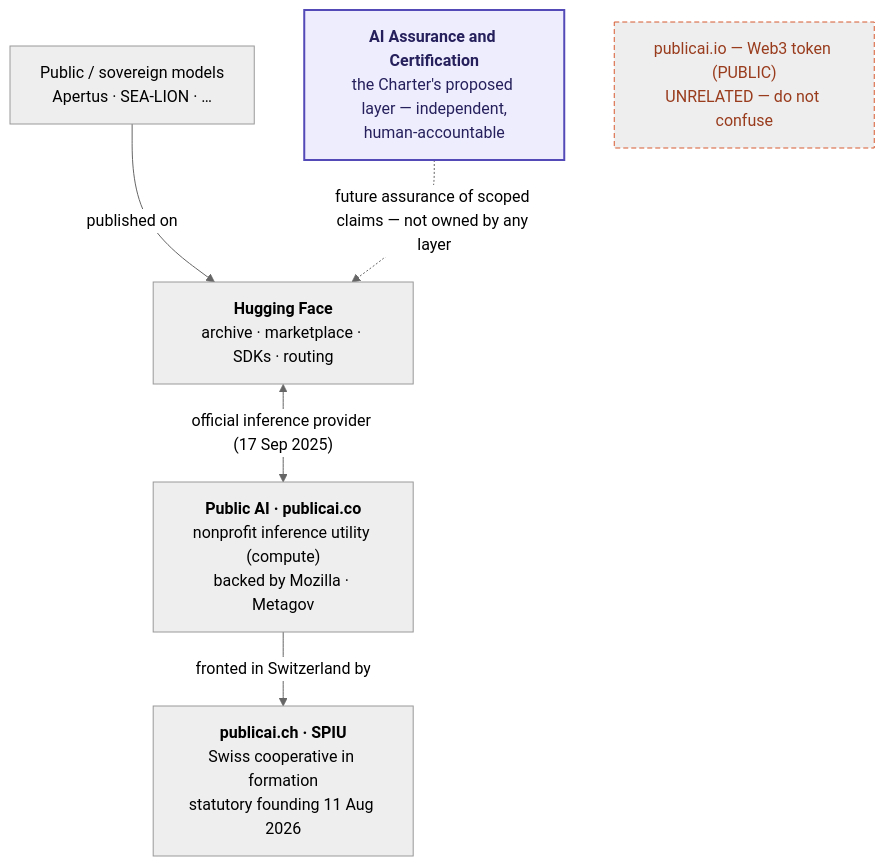
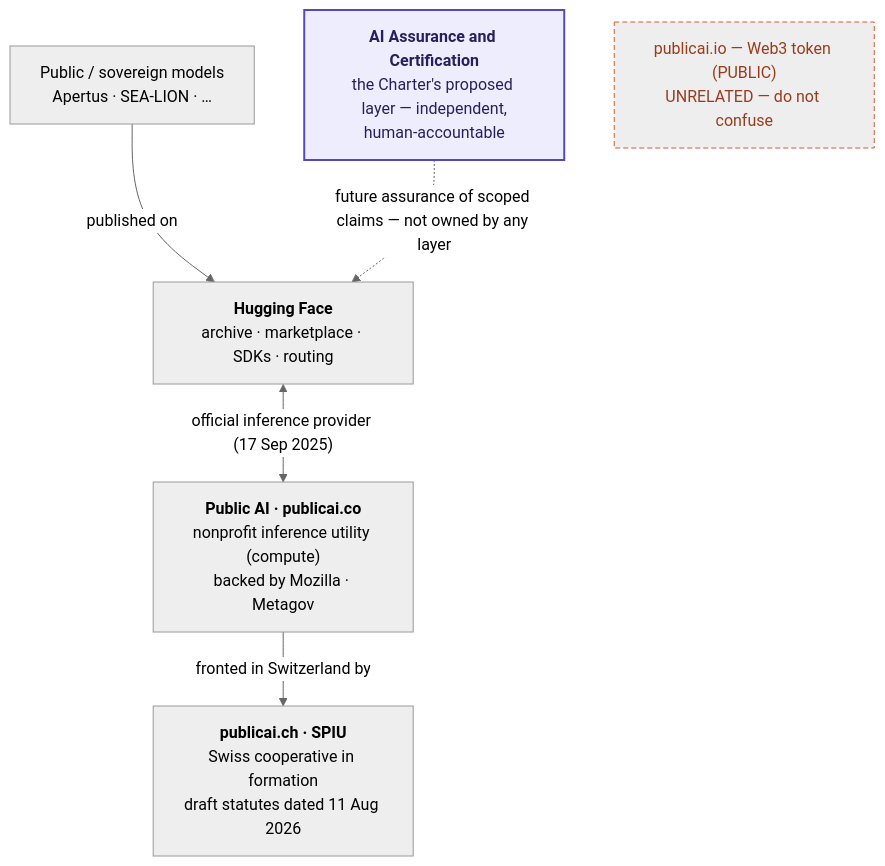
Before and after one commit to robertschaub/our-ai-charter: the diagram in docs/Evidence/actors-and-landscape.md, drawn with Mermaid (neutral theme). The commit also changed other lines of this file and 6 other files, not shown here.

First line of the commit message:
docs: fix Swiss-formation regression; relabel relationships (review 2)

````diff
--- a/docs/Evidence/actors-and-landscape.md
+++ b/docs/Evidence/actors-and-landscape.md
@@ -15,19 +15,19 @@
 ```mermaid
 flowchart TB
   M["Public / sovereign models<br/>Apertus · SEA-LION · …"]
   HF["<b>Hugging Face</b><br/>archive · marketplace · SDKs · routing"]
   PA["<b>Public AI · publicai.co</b><br/>nonprofit inference utility (compute)<br/>backed by Mozilla · Metagov"]
-  CH["<b>publicai.ch · SPIU</b><br/>Swiss cooperative in formation<br/>statutory founding 11 Aug 2026"]
+  CH["<b>publicai.ch · SPIU</b><br/>Swiss cooperative in formation<br/>draft statutes dated 11 Aug 2026"]
 
   M -->|published on| HF
   HF <-->|"official inference provider (17 Sep 2025)"| PA
   PA -->|fronted in Switzerland by| CH
 
   A["<b>AI Assurance and Certification</b><br/>the Charter's proposed layer — independent,<br/>human-accountable"]:::charter
   A -.->|"future assurance of scoped claims — not owned by any layer"| HF
 
   X["publicai.io — Web3 token (PUBLIC)<br/>UNRELATED — do not confuse"]:::warn
 
   classDef charter fill:#EEEDFE,stroke:#534AB7,stroke-width:2px,color:#26215C;
   classDef warn stroke:#D85A30,stroke-dasharray:5 3,color:#993C1D;
 ```
````
